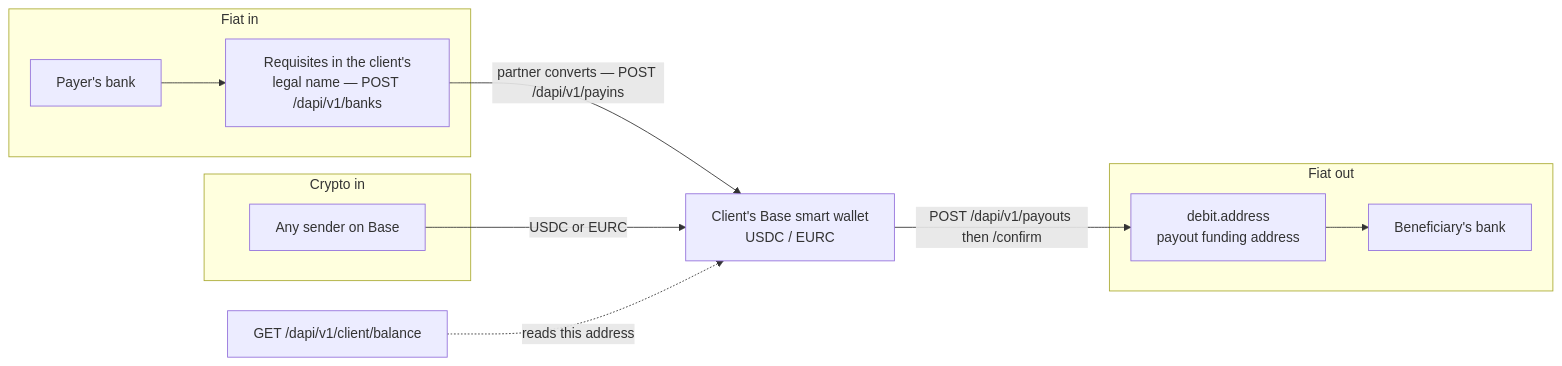
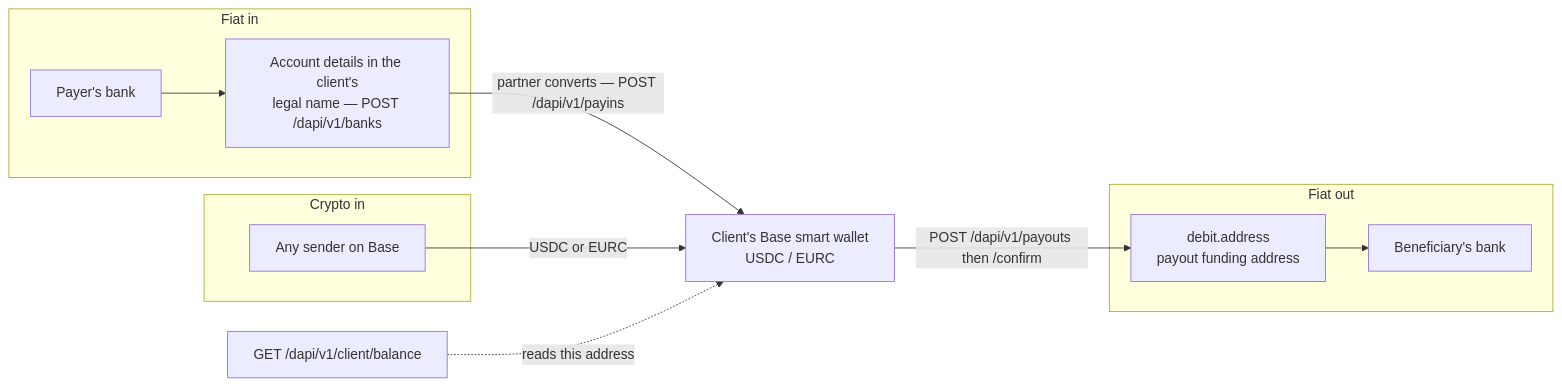
Before and after one commit to hevn-inc/docs: the diagram in whitelabel/how-money-moves.mdx, drawn with Mermaid. The commit also changed other lines of this file and 35 other files, not shown here.

````diff
--- a/whitelabel/how-money-moves.mdx
+++ b/whitelabel/how-money-moves.mdx
@@ -9,17 +9,17 @@
 ```mermaid
 flowchart LR
     W["Client's Base smart wallet<br/>USDC / EURC"]
     subgraph In["Fiat in"]
-        P["Payer's bank"] --> R["Requisites in the client's<br/>legal name — POST /dapi/v1/banks"]
+        P["Payer's bank"] --> R["Account details in the client's<br/>legal name — POST /dapi/v1/banks"]
     end
     subgraph Crypto["Crypto in"]
         S["Any sender on Base"]
     end
     subgraph Out["Fiat out"]
         D["debit.address<br/>payout funding address"] --> RB["Beneficiary's bank"]
     end
     R -->|"partner converts — POST /dapi/v1/payins"| W
     S -->|"USDC or EURC"| W
     W -->|"POST /dapi/v1/payouts then /confirm"| D
     B["GET /dapi/v1/client/balance"] -.->|"reads this address"| W
 ```
````
